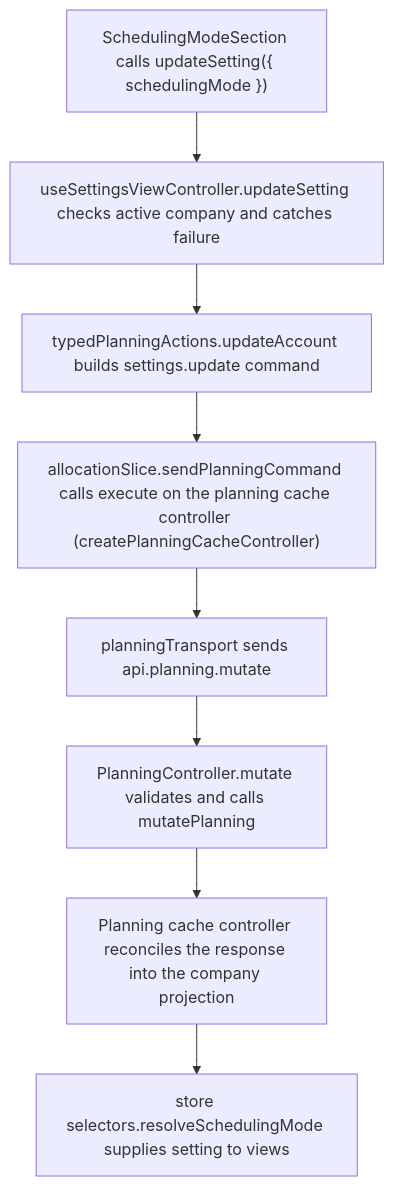
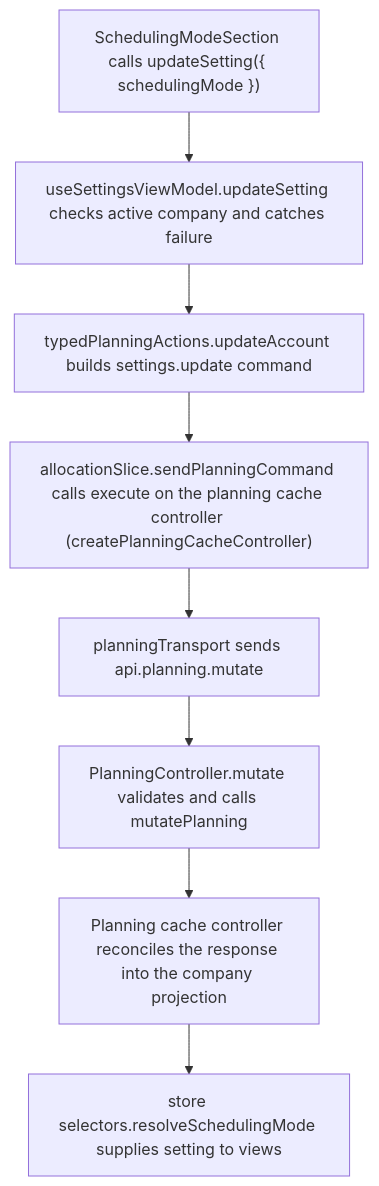
One commit to Kevinjohn/capacitylens changed the second of 2 diagrams in user-stories/settings/US-SET-20-allocation-units.md. Above: the diagram before and after it, drawn with Mermaid. The commit also changed other lines of this file and 33 other files, not shown here.

First line of the commit message:
Controller to view model: rename the screen hooks

````diff
--- a/user-stories/settings/US-SET-20-allocation-units.md
+++ b/user-stories/settings/US-SET-20-allocation-units.md
@@ -29,10 +29,10 @@
 ```mermaid
 flowchart TD
-  control["SchedulingModeSection calls updateSetting({ schedulingMode })"] --> view["useSettingsViewController.updateSetting checks active company and catches failure"]
+  control["SchedulingModeSection calls updateSetting({ schedulingMode })"] --> view["useSettingsViewModel.updateSetting checks active company and catches failure"]
   view --> action["typedPlanningActions.updateAccount builds settings.update command"]
   action --> execute["allocationSlice.sendPlanningCommand calls execute on the planning cache controller (createPlanningCacheController)"]
   execute --> transport["planningTransport sends api.planning.mutate"]
   transport --> route["PlanningController.mutate validates and calls mutatePlanning"]
   route --> reply["Planning cache controller reconciles the response into the company projection"]
   reply --> read["store selectors.resolveSchedulingMode supplies setting to views"]
 ```
````
